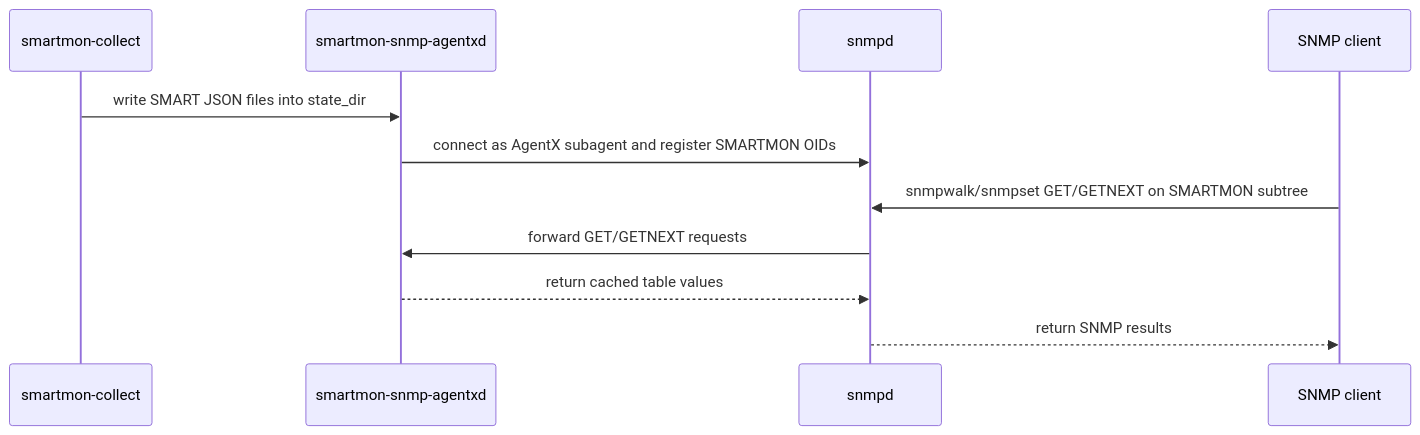
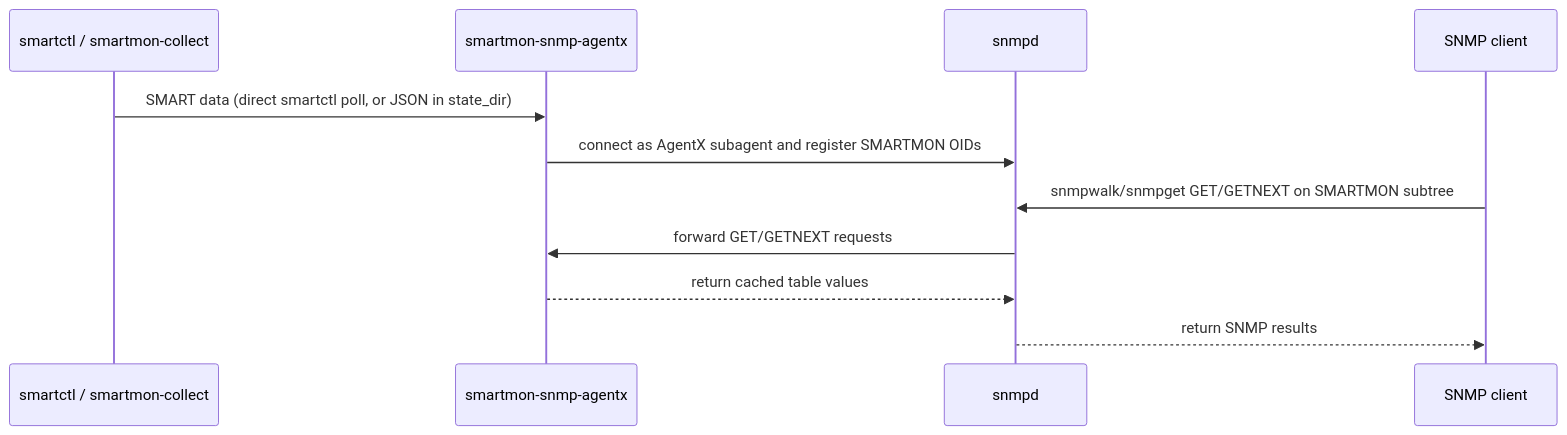
The diagram in README.md (Torstein-Eide/smartmon-snmp-agentx), drawn with Mermaid before and after one commit. The commit also changed other lines of this file and 11 other files, not shown here.

````diff
--- a/README.md
+++ b/README.md
@@ -28,14 +38,14 @@
 ```mermaid
 sequenceDiagram
-  participant Collect as smartmon-collect
-  participant Agent as smartmon-snmp-agentxd
+  participant Smartctl as smartctl / smartmon-collect
+  participant Agent as smartmon-snmp-agentx
   participant SNMPD as snmpd
   participant Client as SNMP client
 
-  Collect->>Agent: write SMART JSON files into state_dir
+  Smartctl->>Agent: SMART data (direct smartctl poll, or JSON in state_dir)
   Agent->>SNMPD: connect as AgentX subagent and register SMARTMON OIDs
-  Client->>SNMPD: snmpwalk/snmpset GET/GETNEXT on SMARTMON subtree
+  Client->>SNMPD: snmpwalk/snmpget GET/GETNEXT on SMARTMON subtree
   SNMPD->>Agent: forward GET/GETNEXT requests
   Agent-->>SNMPD: return cached table values
   SNMPD-->>Client: return SNMP results
 ```
````
